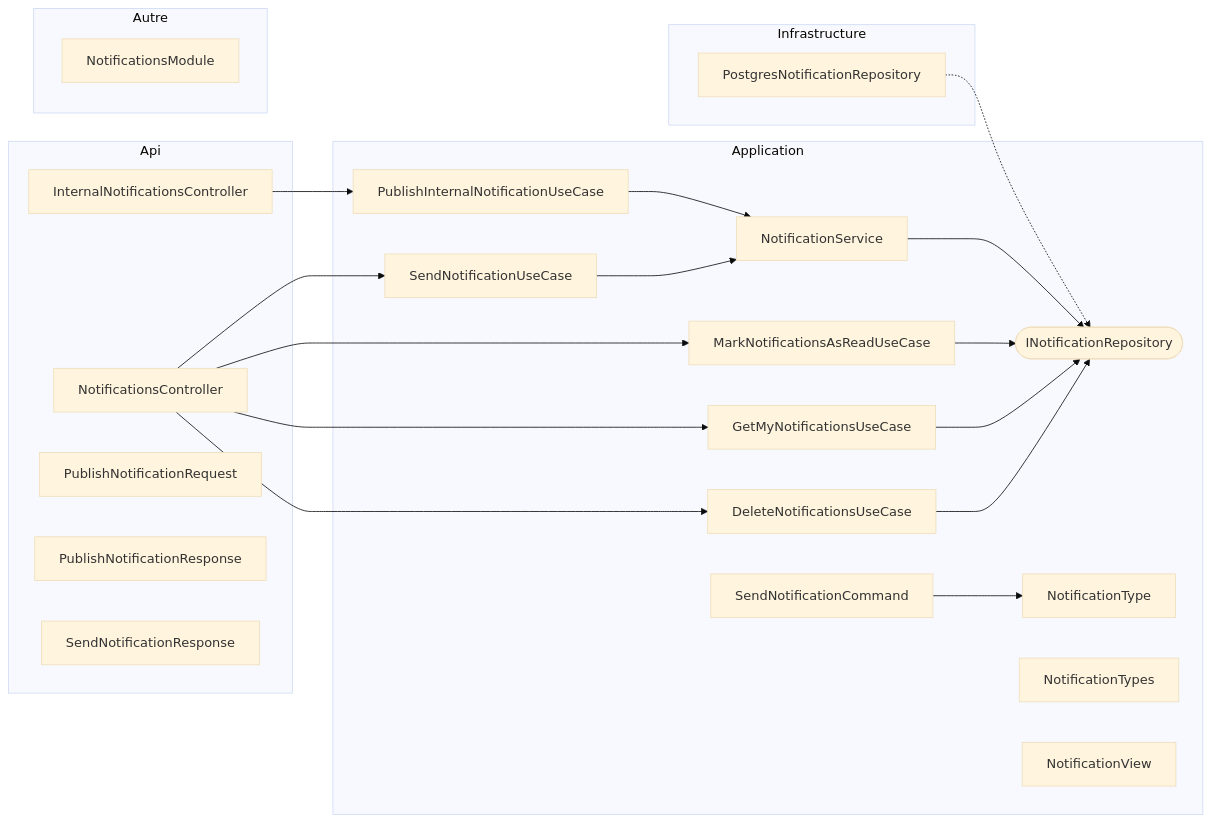
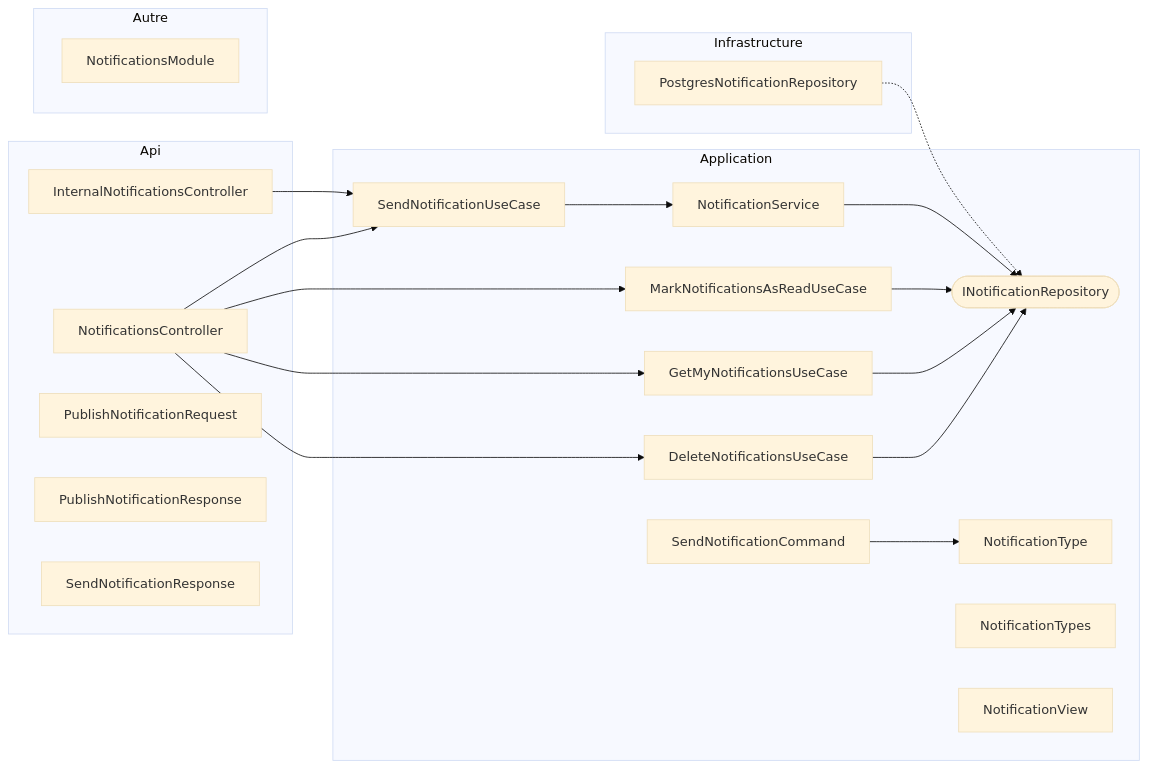
The diagram in api/docs/diagrams/Core/Notifications/notifications.md (huiitre/Tools-app), drawn with Mermaid (base theme) before and after one commit. The commit also changed 58 other files, not shown here.

````diff
--- a/api/docs/diagrams/Core/Notifications/notifications.md
+++ b/api/docs/diagrams/Core/Notifications/notifications.md
@@ -5,42 +5,40 @@
 ```mermaid
 flowchart LR
   subgraph Api
   InternalNotificationsController["InternalNotificationsController"]
   NotificationsController["NotificationsController"]
   PublishNotificationRequest["PublishNotificationRequest"]
   PublishNotificationResponse["PublishNotificationResponse"]
   SendNotificationResponse["SendNotificationResponse"]
   end
   subgraph Application
   DeleteNotificationsUseCase["DeleteNotificationsUseCase"]
   GetMyNotificationsUseCase["GetMyNotificationsUseCase"]
   INotificationRepository(["INotificationRepository"])
   MarkNotificationsAsReadUseCase["MarkNotificationsAsReadUseCase"]
   NotificationService["NotificationService"]
   NotificationType["NotificationType"]
   NotificationTypes["NotificationTypes"]
   NotificationView["NotificationView"]
-  PublishInternalNotificationUseCase["PublishInternalNotificationUseCase"]
   SendNotificationCommand["SendNotificationCommand"]
   SendNotificationUseCase["SendNotificationUseCase"]
   end
   subgraph Infrastructure
   PostgresNotificationRepository["PostgresNotificationRepository"]
   end
   subgraph Autre
   NotificationsModule["NotificationsModule"]
   end
   DeleteNotificationsUseCase --> INotificationRepository
   GetMyNotificationsUseCase --> INotificationRepository
-  InternalNotificationsController --> PublishInternalNotificationUseCase
+  InternalNotificationsController --> SendNotificationUseCase
   MarkNotificationsAsReadUseCase --> INotificationRepository
   NotificationService --> INotificationRepository
   NotificationsController --> DeleteNotificationsUseCase
   NotificationsController --> GetMyNotificationsUseCase
   NotificationsController --> MarkNotificationsAsReadUseCase
   NotificationsController --> SendNotificationUseCase
   PostgresNotificationRepository -.-> INotificationRepository
-  PublishInternalNotificationUseCase --> NotificationService
   SendNotificationCommand --> NotificationType
   SendNotificationUseCase --> NotificationService
 ```
````
